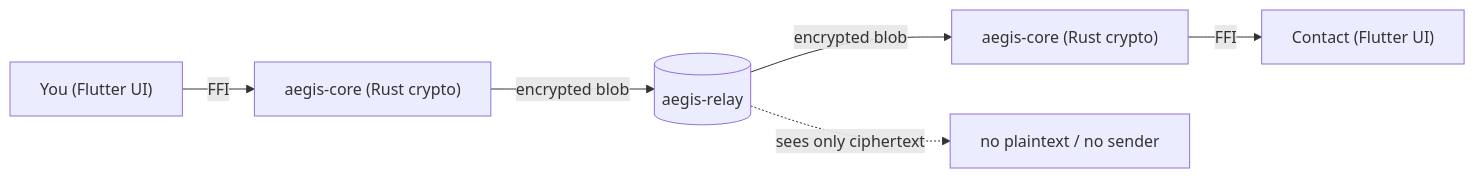
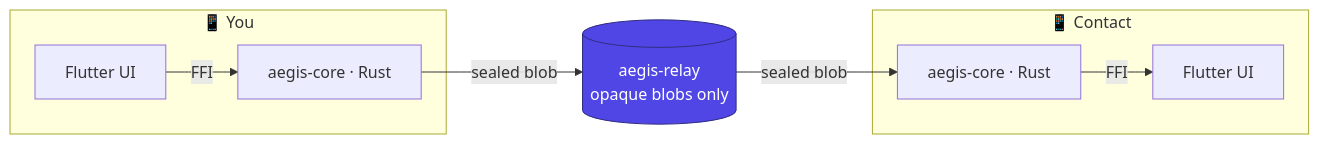
One commit to Oz4462/aegis-messenger changed the diagram in README.md. Above: the diagram before and after it, drawn with Mermaid. The commit also changed other lines of this file and 3 other files, not shown here.

````diff
--- a/README.md
+++ b/README.md
@@ -42,8 +60,13 @@
 ```mermaid
 flowchart LR
-    You["You (Flutter UI)"] -->|FFI| Core1["aegis-core (Rust crypto)"]
-    Core1 -->|"encrypted blob"| Relay[("aegis-relay")]
-    Relay -->|"encrypted blob"| Core2["aegis-core (Rust crypto)"]
-    Core2 -->|FFI| Peer["Contact (Flutter UI)"]
-    Relay -.->|"sees only ciphertext"| Note["no plaintext / no sender"]
+    subgraph A["📱 You"]
+      UA["Flutter UI"] -->|FFI| CA["aegis-core · Rust"]
+    end
+    R[("aegis-relay<br/>opaque blobs only")]
+    subgraph B["📱 Contact"]
+      CB["aegis-core · Rust"] -->|FFI| UB["Flutter UI"]
+    end
+    CA -->|"sealed blob"| R
+    R -->|"sealed blob"| CB
+    style R fill:#4F46E5,stroke:#312E81,color:#ffffff
 ```
````
